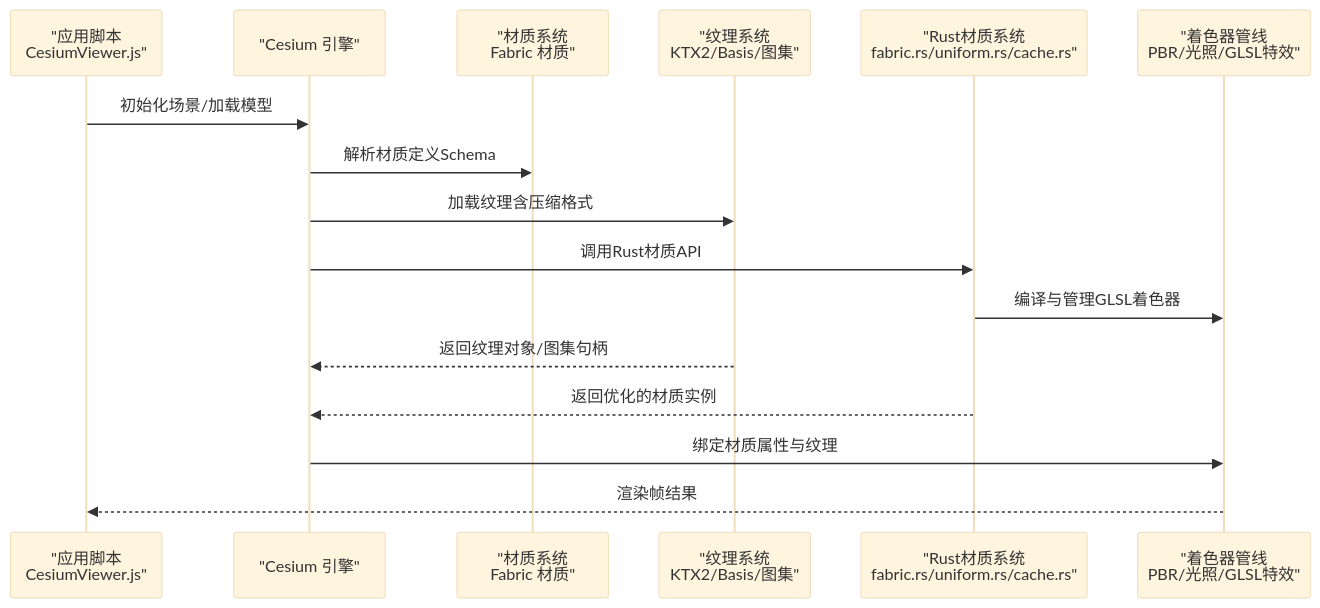
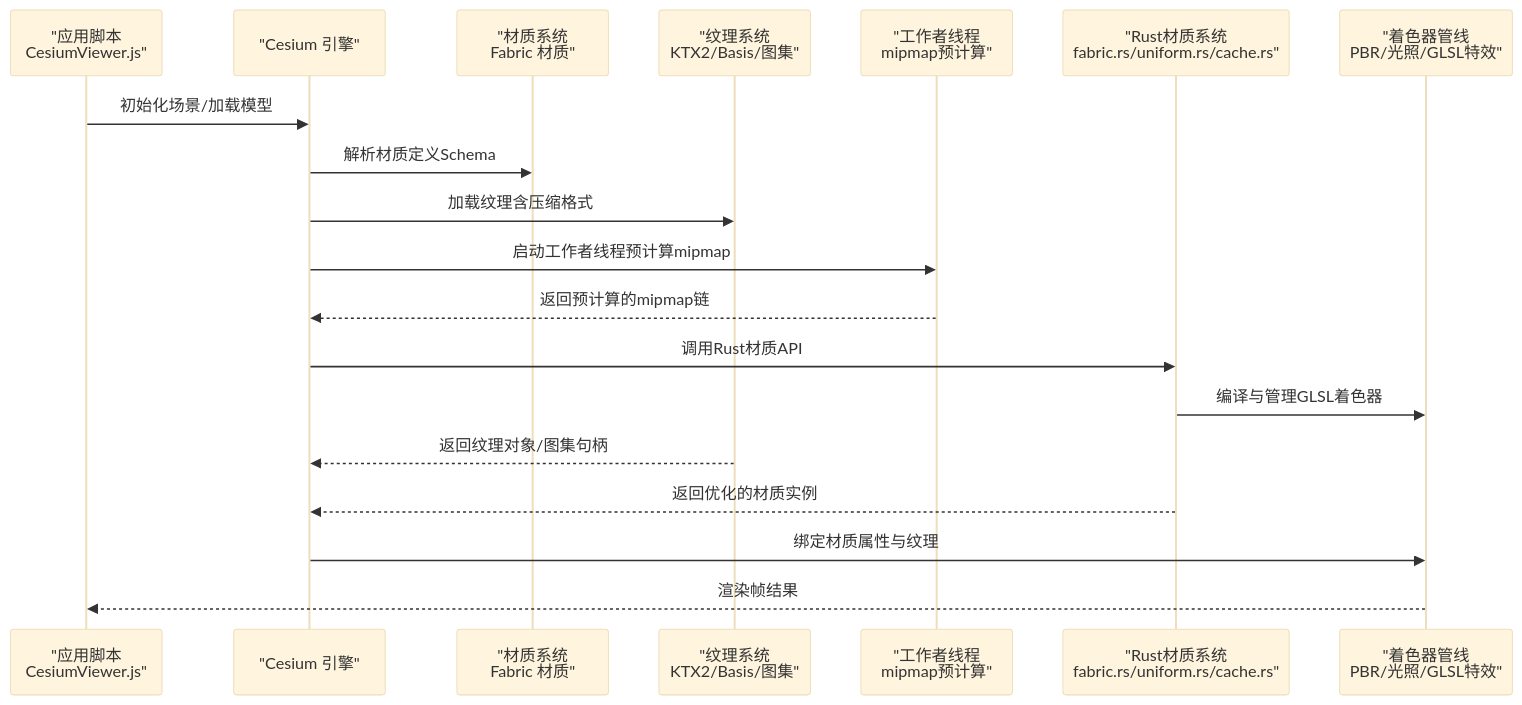
One commit to rzhangjing/cesium changed the second of 11 diagrams in .qoder/repowiki/zh/content/项目概述/核心特性/3D渲染引擎/材质与纹理系统.md. Above: the diagram before and after it, drawn with Mermaid (base theme). The commit also changed other lines of this file and 5 other files, not shown here.

````diff
--- a/.qoder/repowiki/zh/content/项目概述/核心特性/3D渲染引擎/材质与纹理系统.md
+++ b/.qoder/repowiki/zh/content/项目概述/核心特性/3D渲染引擎/材质与纹理系统.md
@@ -139,18 +154,21 @@
 ```mermaid
 sequenceDiagram
 participant App as "应用脚本<br/>CesiumViewer.js"
 participant Engine as "Cesium 引擎"
 participant MatSys as "材质系统<br/>Fabric 材质"
 participant TexSys as "纹理系统<br/>KTX2/Basis/图集"
+participant Worker as "工作者线程<br/>mipmap预计算"
 participant RustMat as "Rust材质系统<br/>fabric.rs/uniform.rs/cache.rs"
 participant Shader as "着色器管线<br/>PBR/光照/GLSL特效"
 App->>Engine : 初始化场景/加载模型
 Engine->>MatSys : 解析材质定义Schema
 Engine->>TexSys : 加载纹理含压缩格式
+Engine->>Worker : 启动工作者线程预计算mipmap
+Worker-->>Engine : 返回预计算的mipmap链
 Engine->>RustMat : 调用Rust材质API
 RustMat->>Shader : 编译与管理GLSL着色器
 TexSys-->>Engine : 返回纹理对象/图集句柄
 RustMat-->>Engine : 返回优化的材质实例
 Engine->>Shader : 绑定材质属性与纹理
 Shader-->>App : 渲染帧结果
 ```
````
